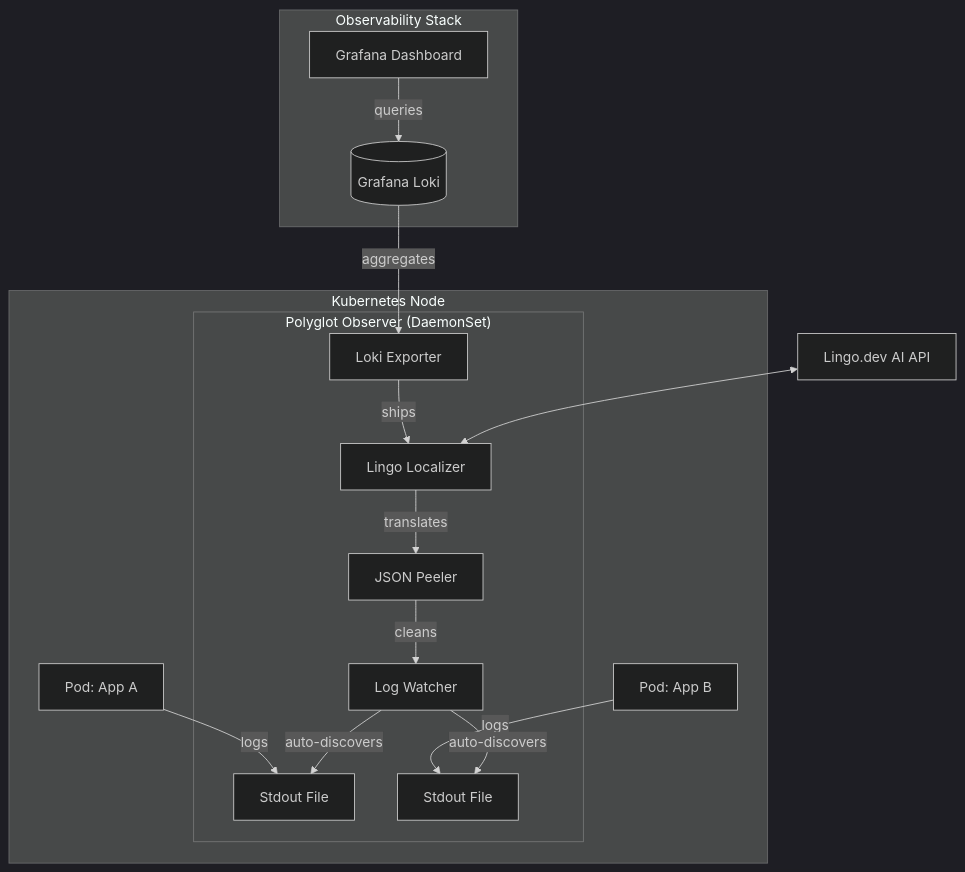
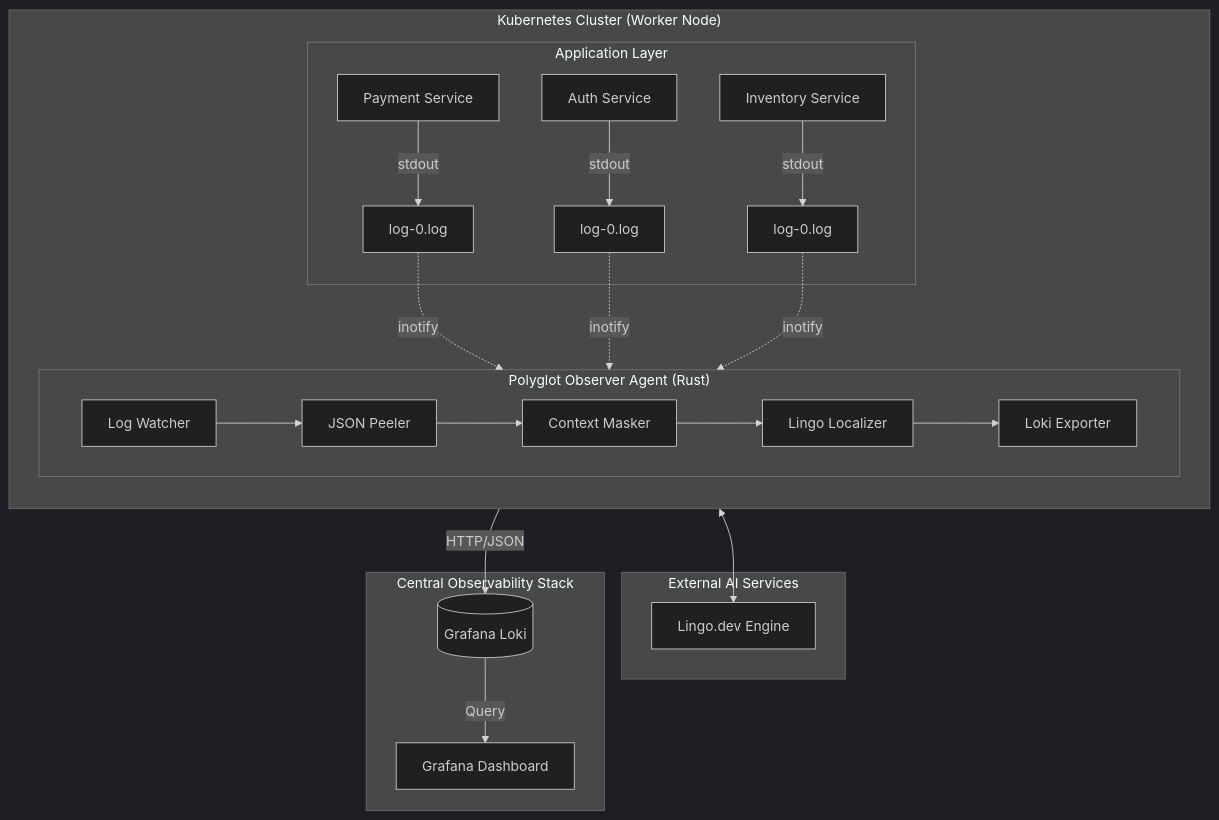
The diagram in README.md (LastPatriot/polyglot-observer), drawn with Mermaid (dark theme) before and after one commit. The commit also changed other lines of this file, not shown here.

Commit message:
Documentation: Expanded README with deep technical details, project structure, and advanced Mermaid diagram

````diff
--- a/README.md
+++ b/README.md
@@ -11,22 +15,36 @@
 ```mermaid
-graph TD
-    subgraph "Kubernetes Node"
-        AppA[Pod: App A] -- logs --> FileA[Stdout File]
-        AppB[Pod: App B] -- logs --> FileB[Stdout File]
-        
-        subgraph "Polyglot Observer (DaemonSet)"
-            Watcher[Log Watcher] -- auto-discovers --> FileA
-            Watcher -- auto-discovers --> FileB
-            Peeler[JSON Peeler] -- cleans --> Watcher
-            Localizer[Lingo Localizer] -- translates --> Peeler
-            Exporter[Loki Exporter] -- ships --> Localizer
+graph TB
+    subgraph "Kubernetes Cluster (Worker Node)"
+        direction TB
+        subgraph "Application Layer"
+            App1[Payment Service] -- stdout --> File1[log-0.log]
+            App2[Auth Service] -- stdout --> File2[log-0.log]
+            App3[Inventory Service] -- stdout --> File3[log-0.log]
         end
+
+        subgraph "Polyglot Observer Agent (Rust)"
+            direction LR
+            Watcher[Log Watcher] --> Peeler[JSON Peeler]
+            Peeler --> Masker[Context Masker]
+            Masker --> Localizer[Lingo Localizer]
+            Localizer --> Exporter[Loki Exporter]
+        end
+
+        File1 -. inotify .-> Watcher
+        File2 -. inotify .-> Watcher
+        File3 -. inotify .-> Watcher
     end
 
-    subgraph "Observability Stack"
-        Loki[(Grafana Loki)] -- aggregates --> Exporter
-        Grafana[Grafana Dashboard] -- queries --> Loki
+    subgraph "External AI Services"
+        LingoAPI[Lingo.dev Engine]
     end
 
-    LingoAPI[Lingo.dev AI API] <--> Localizer
+    subgraph "Central Observability Stack"
+        Loki[(Grafana Loki)]
+        Grafana[Grafana Dashboard]
+    end
+
+    Localizer <--> LingoAPI
+    Exporter -- HTTP/JSON --> Loki
+    Loki -- Query --> Grafana
 ```
````
